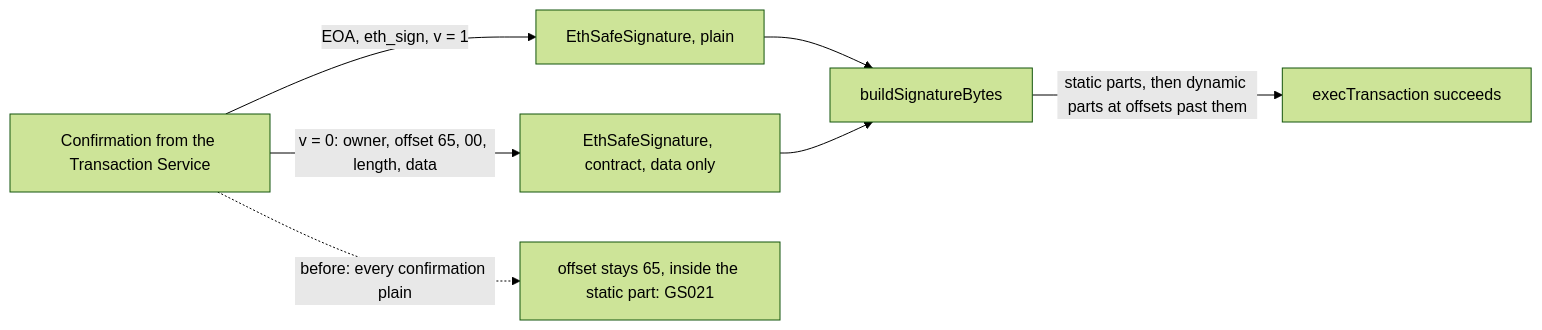
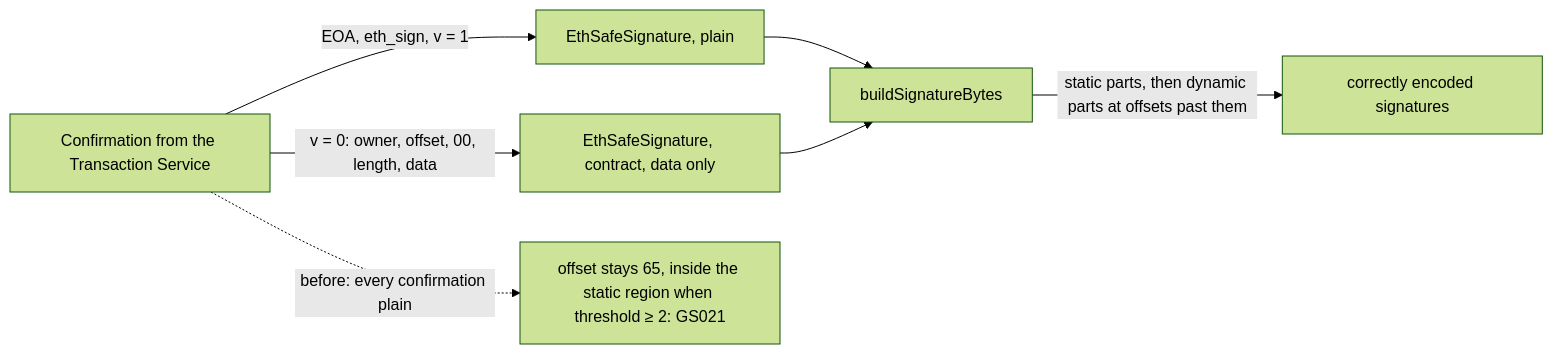
Before and after one commit to jmcpheron/pico-quorum: the diagram in docs/upstream/safe-wallet-gs021/PR.md, drawn with Mermaid (forest theme). The commit also changed other lines of this file and 7 other files, not shown here.

First line of the commit message:
upstream/safe-wallet-gs021: address the review (threshold >= 2, observed vs analysis vs untested, exact mobile scope), a self-contained fork reproduction, strict parser, 11 tests from executed fixtures

````diff
--- a/docs/upstream/safe-wallet-gs021/PR.md
+++ b/docs/upstream/safe-wallet-gs021/PR.md
@@ -59,9 +63,9 @@
 ```mermaid
 flowchart LR
   S[Confirmation from the Transaction Service] -->|EOA, eth_sign, v = 1| P[EthSafeSignature, plain]
-  S -->|v = 0: owner, offset 65, 00, length, data| C[EthSafeSignature, contract, data only]
+  S -->|v = 0: owner, offset, 00, length, data| C[EthSafeSignature, contract, data only]
   P --> B[buildSignatureBytes]
   C --> B
-  B -->|static parts, then dynamic parts at offsets past them| E[execTransaction succeeds]
-  S -. before: every confirmation plain .-> X[offset stays 65, inside the static part: GS021]
+  B -->|static parts, then dynamic parts at offsets past them| E[correctly encoded signatures]
+  S -. before: every confirmation plain .-> X[offset stays 65, inside the static region when threshold ≥ 2: GS021]
 ```
````
